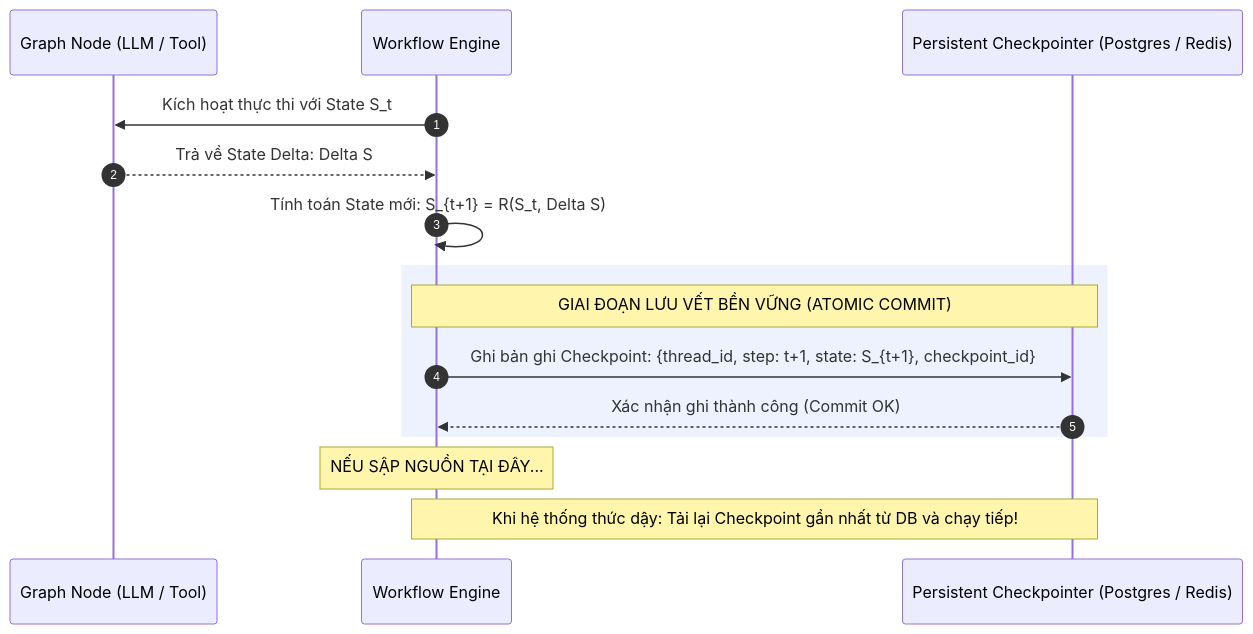
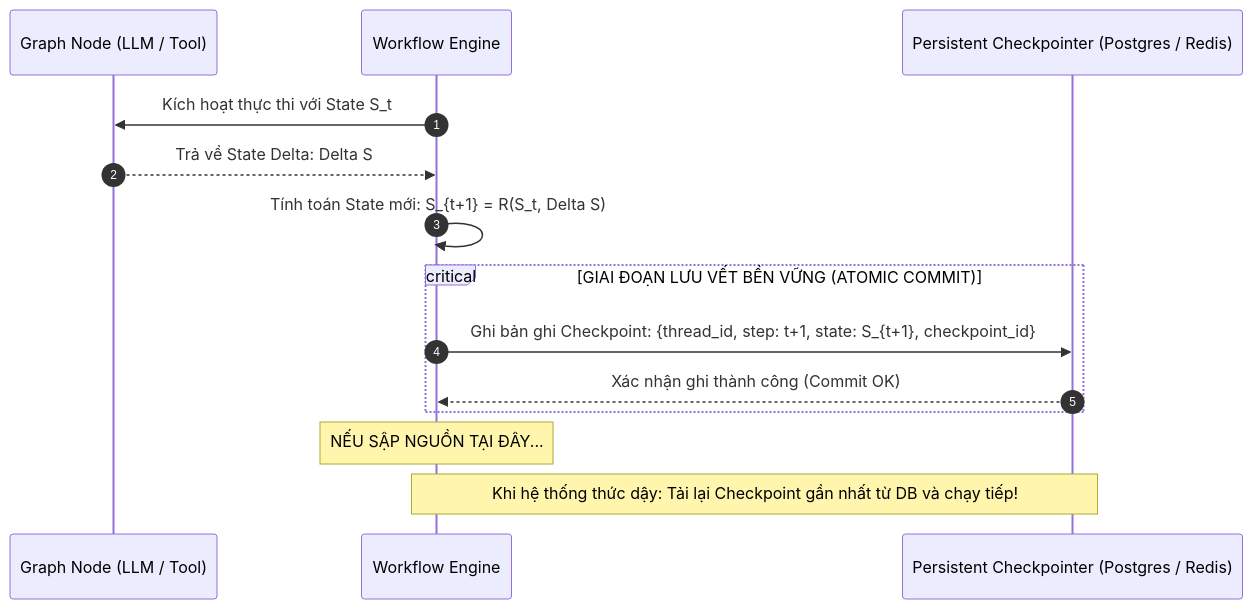
Before and after one commit to LeNguyenHaiDuong/agent_course: the third of 4 diagrams in 03-building-agents/03-loop-engineering/05_durable_execution_and_stateful_workflows.md, drawn with Mermaid. The commit also changed other lines of this file and 4 other files, not shown here.

First line of the commit message:
fix(diagrams): resolve contrast issues, integrate master mindmap, and restructure 7-layer architecture

````diff
--- a/03-building-agents/03-loop-engineering/05_durable_execution_and_stateful_workflows.md
+++ b/03-building-agents/03-loop-engineering/05_durable_execution_and_stateful_workflows.md
@@ -181,20 +181,19 @@
 ```mermaid
 sequenceDiagram
     autonumber
     participant Node as Graph Node (LLM / Tool)
     participant Engine as Workflow Engine
     participant DB as Persistent Checkpointer (Postgres / Redis)
 
     Engine->>Node: Kích hoạt thực thi với State S_t
     Node-->>Engine: Trả về State Delta: Delta S
     Engine->>Engine: Tính toán State mới: S_{t+1} = R(S_t, Delta S)
     
-    rect rgb(238, 242, 255)
-    Note over Engine,DB: GIAI ĐOẠN LƯU VẾT BỀN VỮNG (ATOMIC COMMIT)
-    Engine->>DB: Ghi bản ghi Checkpoint: {thread_id, step: t+1, state: S_{t+1}, checkpoint_id}
-    DB-->>Engine: Xác nhận ghi thành công (Commit OK)
+    critical GIAI ĐOẠN LƯU VẾT BỀN VỮNG (ATOMIC COMMIT)
+        Engine->>DB: Ghi bản ghi Checkpoint: {thread_id, step: t+1, state: S_{t+1}, checkpoint_id}
+        DB-->>Engine: Xác nhận ghi thành công (Commit OK)
     end
 
     Note over Engine: NẾU SẬP NGUỒN TẠI ĐÂY...
     Note over DB,Engine: Khi hệ thống thức dậy: Tải lại Checkpoint gần nhất từ DB và chạy tiếp!
 ```
````
